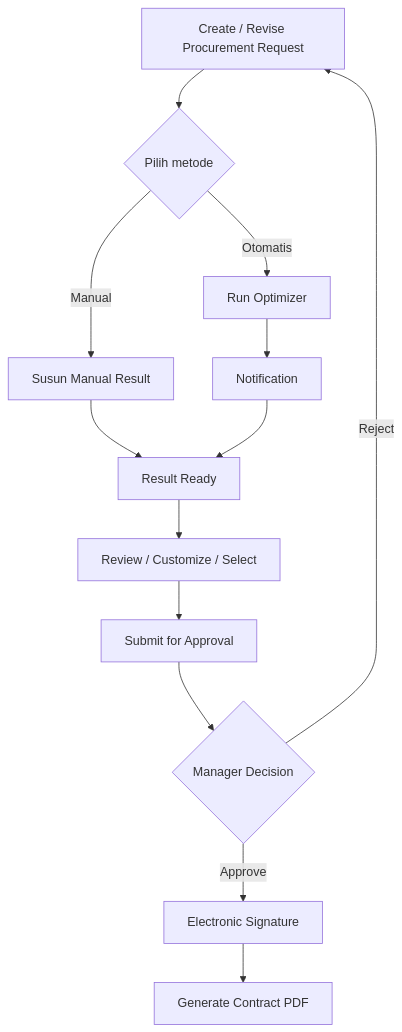
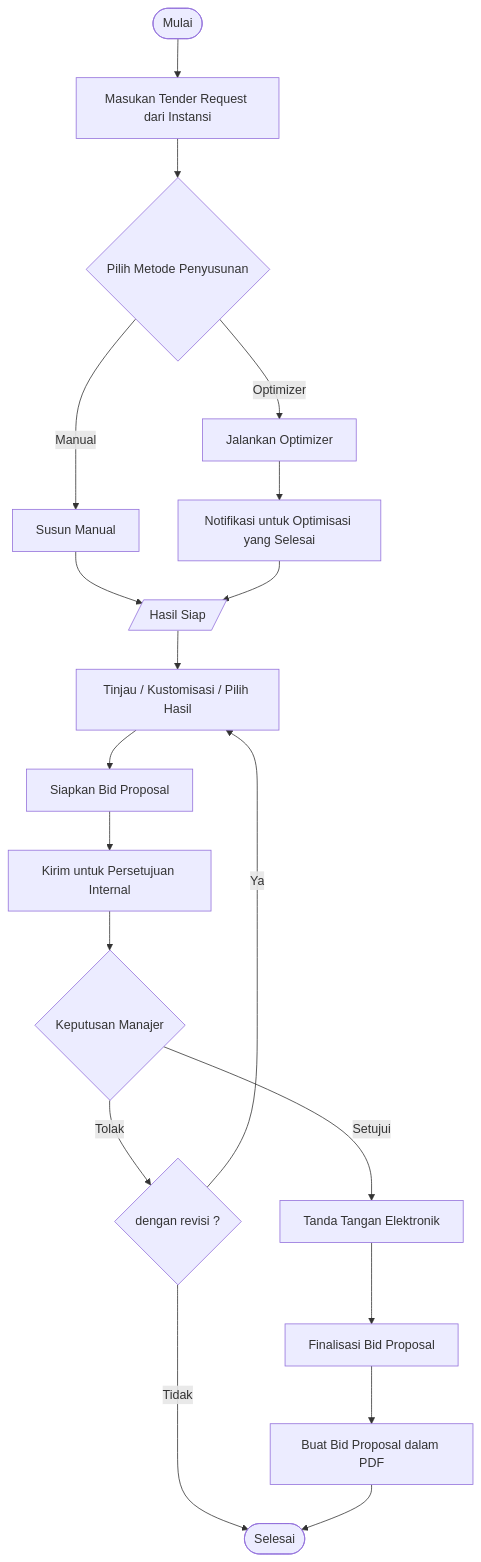
The diagram in docs/01-product-overview.md (siantika/procurement-demo), drawn with Mermaid before and after one commit. The commit also changed other lines of this file, not shown here.

````diff
--- a/docs/01-product-overview.md
+++ b/docs/01-product-overview.md
@@ -57,15 +72,30 @@
 ```mermaid
 flowchart TD
-    A[Create / Revise Procurement Request] --> B{Pilih metode}
-    B -->|Manual| C[Susun Manual Result]
-    B -->|Otomatis| D[Run Optimizer]
-    D --> E[Notification]
-    C --> F[Result Ready]
+    Z([Mulai]) --> A
+    A[Masukan Tender Request dari Instansi] --> B{Pilih Metode Penyusunan}
+
+    B -->|Manual| C[Susun Manual]
+    B -->|Optimizer| D[Jalankan Optimizer]
+
+    D --> E[Notifikasi untuk Optimisasi yang Selesai]
+
+    C --> F[/Hasil Siap/]
     E --> F
-    F --> G[Review / Customize / Select]
-    G --> H[Submit for Approval]
-    H --> I{Manager Decision}
-    I -->|Reject| A
-    I -->|Approve| J[Electronic Signature]
-    J --> K[Generate Contract PDF]
+
+    F --> G[Tinjau / Kustomisasi / Pilih Hasil]
+
+    G --> H[Siapkan Bid Proposal]
+    H --> I[Kirim untuk Persetujuan Internal]
+
+    I --> J{Keputusan Manajer}
+
+    J -->|Tolak| K{dengan revisi ?}
+    K -->|Ya| G
+    K -->|Tidak| O 
+
+    J -->|Setujui| L[Tanda Tangan Elektronik]
+
+    L --> M[Finalisasi Bid Proposal]
+    M --> N[Buat Bid Proposal dalam PDF]
+    N --> O([Selesai])
 ```
````
